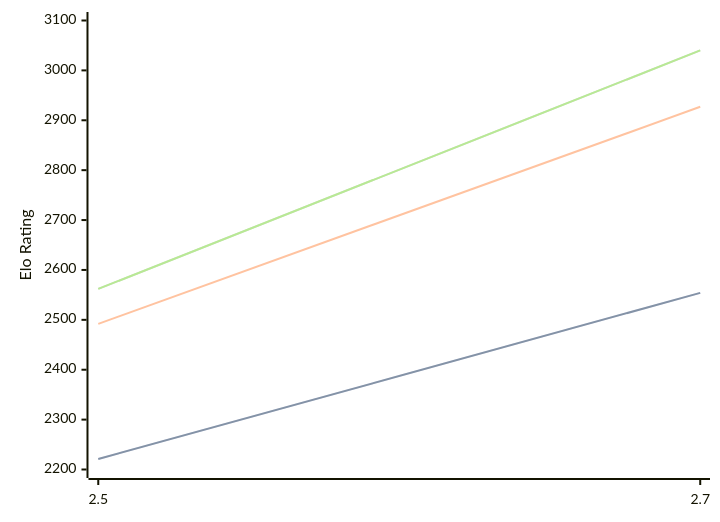
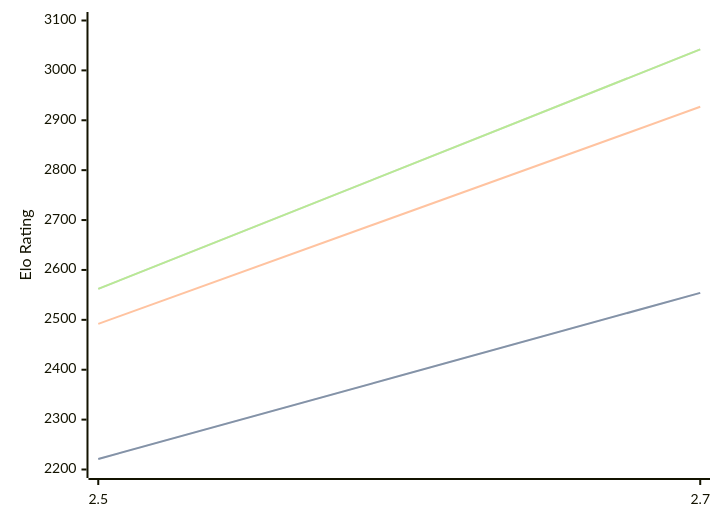
One commit to computer-chess-index/cci changed the diagram in engines/Zevra.md. Above: the diagram before and after it, drawn with Mermaid. The commit also changed other lines of this file, not shown here.

Commit message:
Update CCI Ratings (ELO VLTC) - 2026-09-05

````diff
--- a/engines/Zevra.md
+++ b/engines/Zevra.md
@@ -32,11 +32,11 @@
 ```mermaid
 %%{init: {"theme":"base","themeVariables":{"seriesColors:['#a3a3a3','#222221','#faa371']}}}%%
 xychart-beta
   x-axis ["2.5", "2.7"]
   y-axis "Elo Rating" 2200 --> 3100
   line "" [2221, 2554]
   line "STC (8.0+0.08s)" [2221, 2554]
   line "LTC (60.0+0.60s)" [2492, 2927]
-  line "" [2562, 3040]
-  line "VLTC (2m24s+1.12s)" [2562, 3040]
+  line "" [2562, 3042]
+  line "VLTC (2m24s+1.12s)" [2562, 3042]
 ```
````
